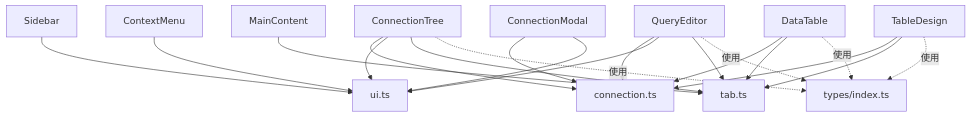
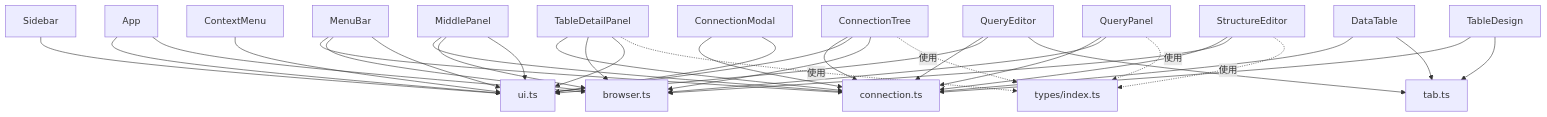
Before and after one commit to wwenbo2048/nexsql: the eighth of 8 diagrams in .qoder/repowiki/zh/content/架构设计/组件系统架构/组件系统架构.md, drawn with Mermaid. The commit also changed other lines of this file and 19 other files, not shown here.

````diff
--- a/.qoder/repowiki/zh/content/架构设计/组件系统架构/组件系统架构.md
+++ b/.qoder/repowiki/zh/content/架构设计/组件系统架构/组件系统架构.md
@@ -412,22 +482,36 @@
 ```mermaid
 graph TB
-SB["Sidebar"] --> UI["ui.ts"]
-MC["MainContent"] --> TAB["tab.ts"]
-CT["ConnectionTree"] --> CONN["connection.ts"]
+APP["App"] --> UI["ui.ts"]
+APP --> BR["browser.ts"]
+MB["MenuBar"] --> CONN["connection.ts"]
+MB --> BR
+MB --> UI
+SB["Sidebar"] --> UI
+MP["MiddlePanel"] --> CONN
+MP --> BR
+MP --> UI
+TDP["TableDetailPanel"] --> CONN
+TDP --> BR
+TDP --> UI
+QP["QueryPanel"] --> CONN
+QP --> BR
+SE["StructureEditor"] --> CONN
+SE --> BR
+CT["ConnectionTree"] --> CONN
 CT --> UI
-CT --> TAB
+CT --> BR
 QE["QueryEditor"] --> CONN
 QE --> UI
-QE --> TAB
+QE --> TAB["tab.ts"]
 DT["DataTable"] --> CONN
 DT --> TAB
 TD["TableDesign"] --> CONN
 TD --> TAB
 CM["ConnectionModal"] --> CONN
 CM --> UI
 CX["ContextMenu"] --> UI
 CT -. 使用 .-> T["types/index.ts"]
-QE -. 使用 .-> T
-DT -. 使用 .-> T
-TD -. 使用 .-> T
+QP -. 使用 .-> T
+SE -. 使用 .-> T
+TDP -. 使用 .-> T
 ```
````
